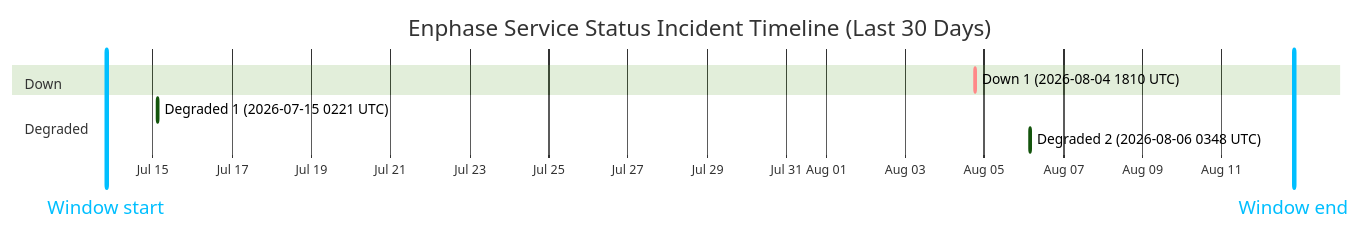
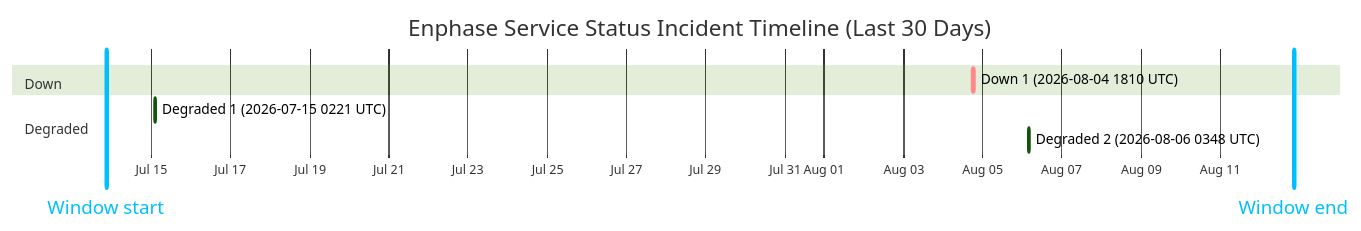
The diagram in wiki/Service-Status-History.md (barneyonline/ha-enphase-energy), drawn with Mermaid (forest theme) before and after one commit. The commit also changed other lines of this file and 3 other files, not shown here.

````diff
--- a/wiki/Service-Status-History.md
+++ b/wiki/Service-Status-History.md
@@ -14,13 +14,13 @@
 ```mermaid
 gantt
     title Enphase Service Status Incident Timeline (Last 30 Days)
     dateFormat  YYYY-MM-DDTHH:mm:ss
     axisFormat  %b %d
-    Window start :vert, window-start, 2026-07-13T19:36:01, 0ms
-    Window end :vert, window-end, 2026-08-12T19:36:01, 0ms
+    Window start :vert, window-start, 2026-07-13T20:41:17, 0ms
+    Window end :vert, window-end, 2026-08-12T20:41:17, 0ms
     section Down
     Down 1 (2026-08-04 1810 UTC) :crit, down-1, 2026-08-04T18:10:46, 60m
     section Degraded
     Degraded 1 (2026-07-15 0221 UTC) :active, degraded-1, 2026-07-15T02:21:35, 60m
     Degraded 2 (2026-08-06 0348 UTC) :active, degraded-2, 2026-08-06T03:48:14, 60m
 ```
````
